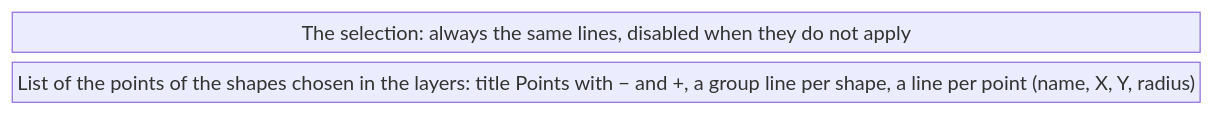
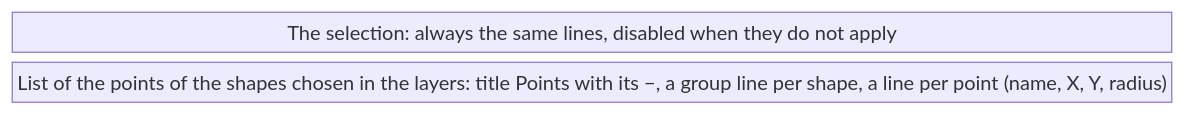
One commit to AlexandreGallais/synoptic-studio-spec changed the first of 2 diagrams in symbols/05-point-editing-mode/README.md. Above: the diagram before and after it, drawn with Mermaid. The commit also changed other lines of this file and 8 other files, not shown here.

First line of the commit message:
docs(symbols): group placement by anchors, zones on the left, named points

````diff
--- a/symbols/05-point-editing-mode/README.md
+++ b/symbols/05-point-editing-mode/README.md
@@ -73,6 +71,6 @@
 ```mermaid
 block-beta
     columns 1
     sel["The selection: always the same lines, disabled when they do not apply"]
-    list["List of the points of the shapes chosen in the layers: title Points with − and +, a group line per shape, a line per point (name, X, Y, radius)"]
+    list["List of the points of the shapes chosen in the layers: title Points with its −, a group line per shape, a line per point (name, X, Y, radius)"]
 ```
````
